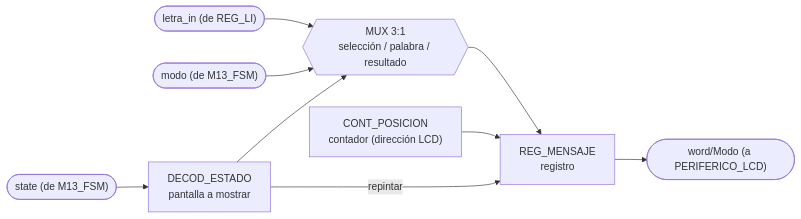
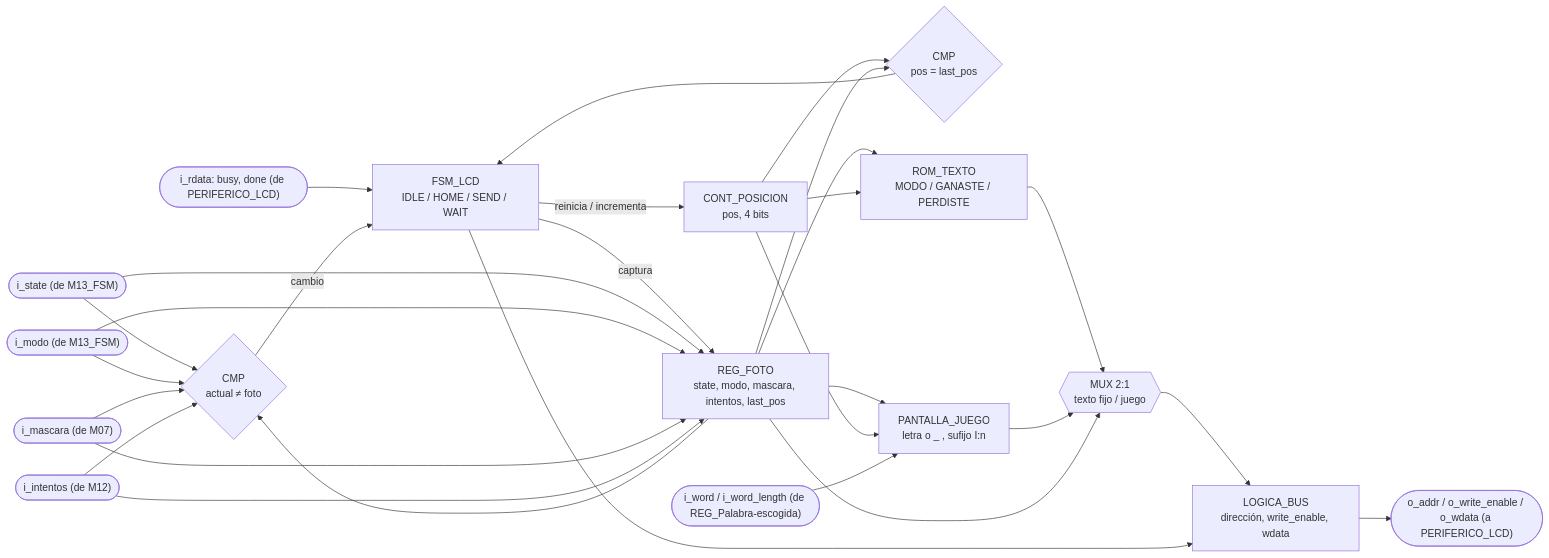
One commit to Taller-de-diseno-digital-GR01/Proyecto-2-Ahorcado changed the fifth of 14 diagrams in docs/diseño/diagramas/nivel03.md. Above: the diagram before and after it, drawn with Mermaid. The commit also changed other lines of this file and 7 other files, not shown here.

````diff
--- a/docs/diseño/diagramas/nivel03.md
+++ b/docs/diseño/diagramas/nivel03.md
@@ -260,11 +277,30 @@
 ```mermaid
 flowchart LR
-    IN_LETRA(["letra_in (de REG_LI)"]) --> MUX1{{"MUX 3:1<br/>selección / palabra / resultado"}}
-    IN_MODO(["modo (de M13_FSM)"]) --> MUX1
-    IN_STATE(["state (de M13_FSM)"]) --> DEC_ST["DECOD_ESTADO<br/>pantalla a mostrar"]
-    DEC_ST --> MUX1
-    DEC_ST -->|repintar| REG_MSG["REG_MENSAJE<br/>registro"]
-    MUX1 --> REG_MSG
-    CNT_POS["CONT_POSICION<br/>contador (dirección LCD)"] --> REG_MSG
-    REG_MSG --> OUT_LCD(["word/Modo (a PERIFERICO_LCD)"])
+    IN_STATE(["i_state (de M13_FSM)"]) --> CMP_CAMBIO{"CMP<br/>actual ≠ foto"}
+    IN_MODO(["i_modo (de M13_FSM)"]) --> CMP_CAMBIO
+    IN_MASC(["i_mascara (de M07)"]) --> CMP_CAMBIO
+    IN_INT(["i_intentos (de M12)"]) --> CMP_CAMBIO
+    IN_RD(["i_rdata: busy, done (de PERIFERICO_LCD)"]) --> FSM_LCD
+    CMP_CAMBIO -->|cambio| FSM_LCD["FSM_LCD<br/>IDLE / HOME / SEND / WAIT"]
+    FSM_LCD -->|"captura"| REG_FOTO["REG_FOTO<br/>state, modo, mascara, intentos, last_pos"]
+    IN_STATE --> REG_FOTO
+    IN_MODO --> REG_FOTO
+    IN_MASC --> REG_FOTO
+    IN_INT --> REG_FOTO
+    REG_FOTO --> CMP_CAMBIO
+    FSM_LCD -->|"reinicia / incrementa"| CNT_POS["CONT_POSICION<br/>pos, 4 bits"]
+    CNT_POS --> CMP_FIN{"CMP<br/>pos = last_pos"}
+    REG_FOTO --> CMP_FIN
+    CMP_FIN --> FSM_LCD
+    REG_FOTO --> ROM_TXT["ROM_TEXTO<br/>MODO / GANASTE / PERDISTE"]
+    CNT_POS --> ROM_TXT
+    REG_FOTO --> GEN_JUEGO["PANTALLA_JUEGO<br/>letra o _ , sufijo I:n"]
+    CNT_POS --> GEN_JUEGO
+    IN_WORD(["i_word / i_word_length (de REG_Palabra-escogida)"]) --> GEN_JUEGO
+    ROM_TXT --> MUX1{{"MUX 2:1<br/>texto fijo / juego"}}
+    GEN_JUEGO --> MUX1
+    REG_FOTO --> MUX1
+    MUX1 --> BUS_OUT["LOGICA_BUS<br/>dirección, write_enable, wdata"]
+    FSM_LCD --> BUS_OUT
+    BUS_OUT --> OUT_LCD(["o_addr / o_write_enable / o_wdata (a PERIFERICO_LCD)"])
 ```
````
